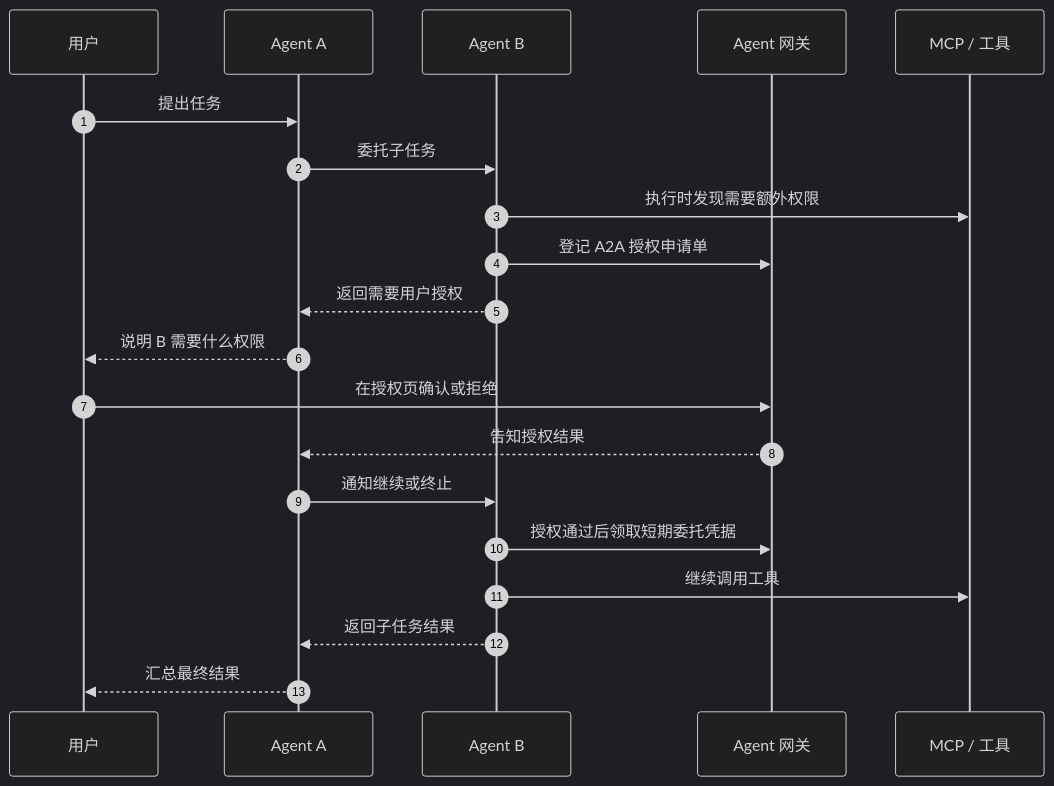
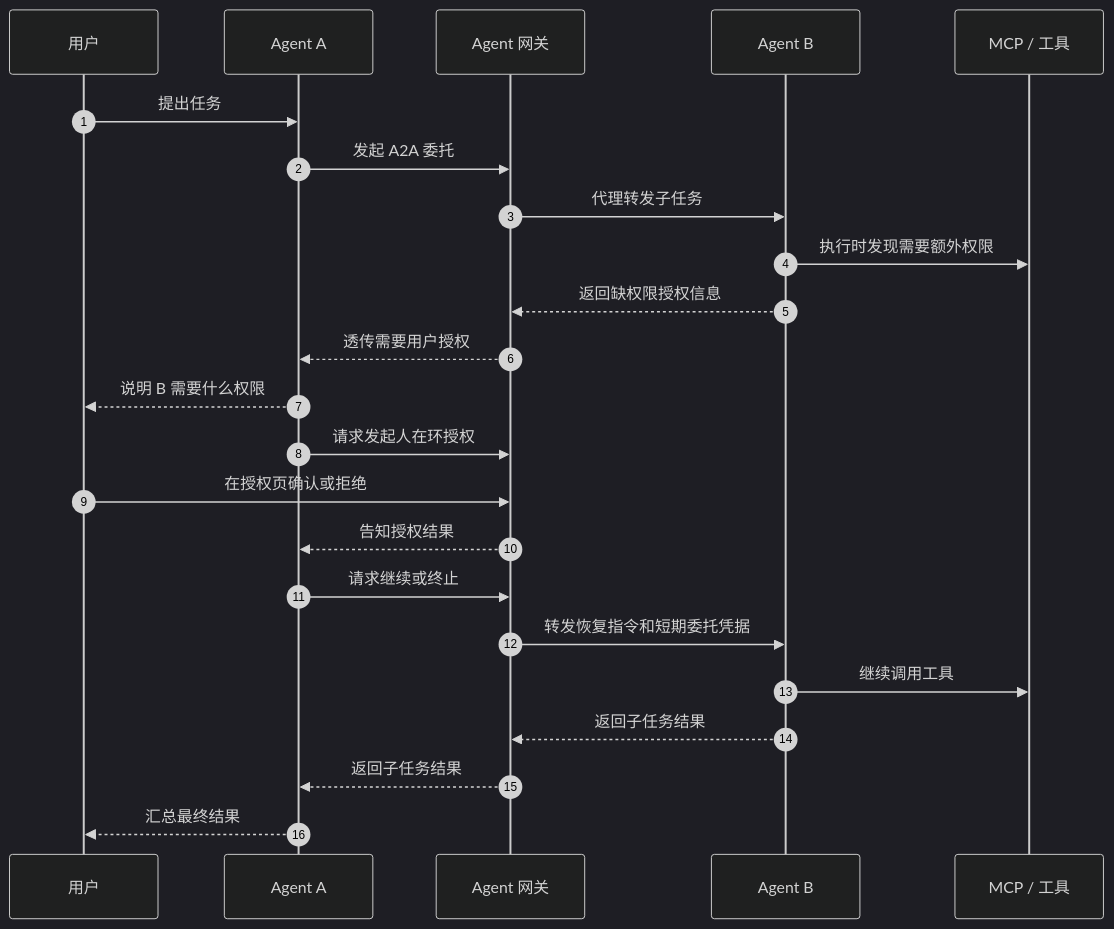
The fourth of 5 diagrams in docs/final_design/10_A2A委托授权与Agent安全方案.md (xuning117634-ux/auth-design-spec), drawn with Mermaid (dark theme) before and after one commit. The commit also changed other lines of this file and 1 other file, not shown here.

````diff
--- a/docs/final_design/10_A2A委托授权与Agent安全方案.md
+++ b/docs/final_design/10_A2A委托授权与Agent安全方案.md
@@ -188,23 +204,26 @@
 ```mermaid
 sequenceDiagram
     autonumber
     participant U as 用户
     participant A as Agent A
+    participant GW as Agent 网关
     participant B as Agent B
-    participant GW as Agent 网关
     participant MCP as MCP / 工具
 
     U->>A: 提出任务
-    A->>B: 委托子任务
+    A->>GW: 发起 A2A 委托
+    GW->>B: 代理转发子任务
     B->>MCP: 执行时发现需要额外权限
-    B->>GW: 登记 A2A 授权申请单
-    B-->>A: 返回需要用户授权
+    B-->>GW: 返回缺权限授权信息
+    GW-->>A: 透传需要用户授权
     A-->>U: 说明 B 需要什么权限
+    A->>GW: 请求发起人在环授权
     U->>GW: 在授权页确认或拒绝
     GW-->>A: 告知授权结果
-    A->>B: 通知继续或终止
-    B->>GW: 授权通过后领取短期委托凭据
+    A->>GW: 请求继续或终止
+    GW->>B: 转发恢复指令和短期委托凭据
     B->>MCP: 继续调用工具
-    B-->>A: 返回子任务结果
+    B-->>GW: 返回子任务结果
+    GW-->>A: 返回子任务结果
     A-->>U: 汇总最终结果
 ```
````
